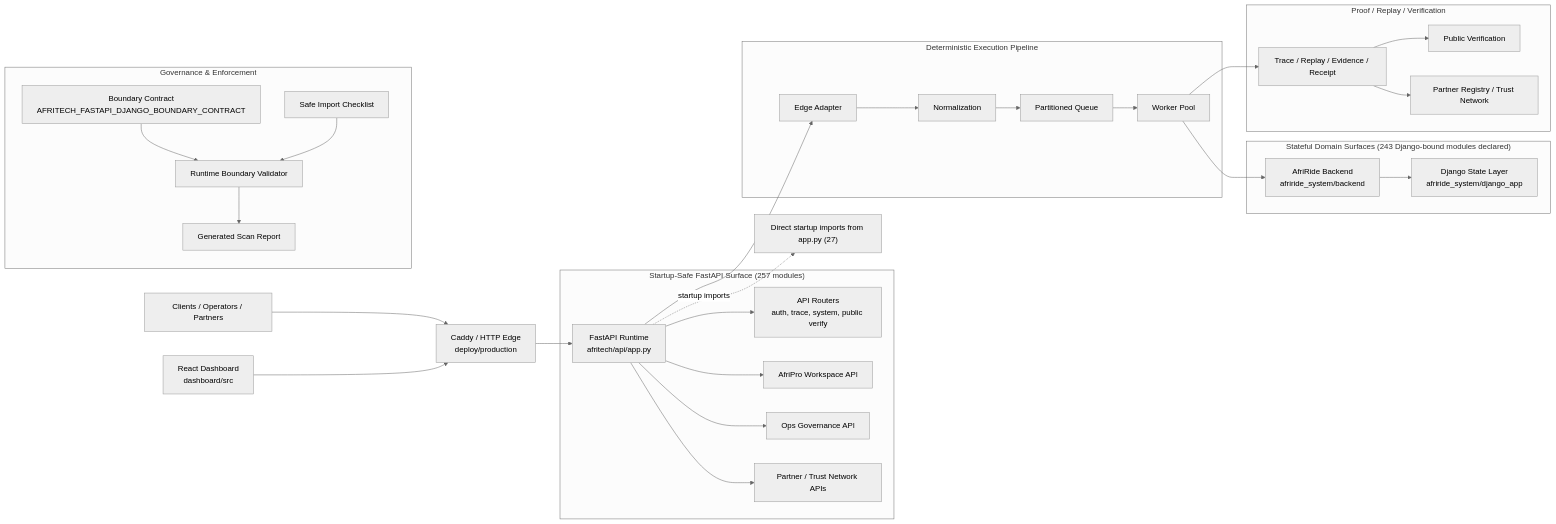
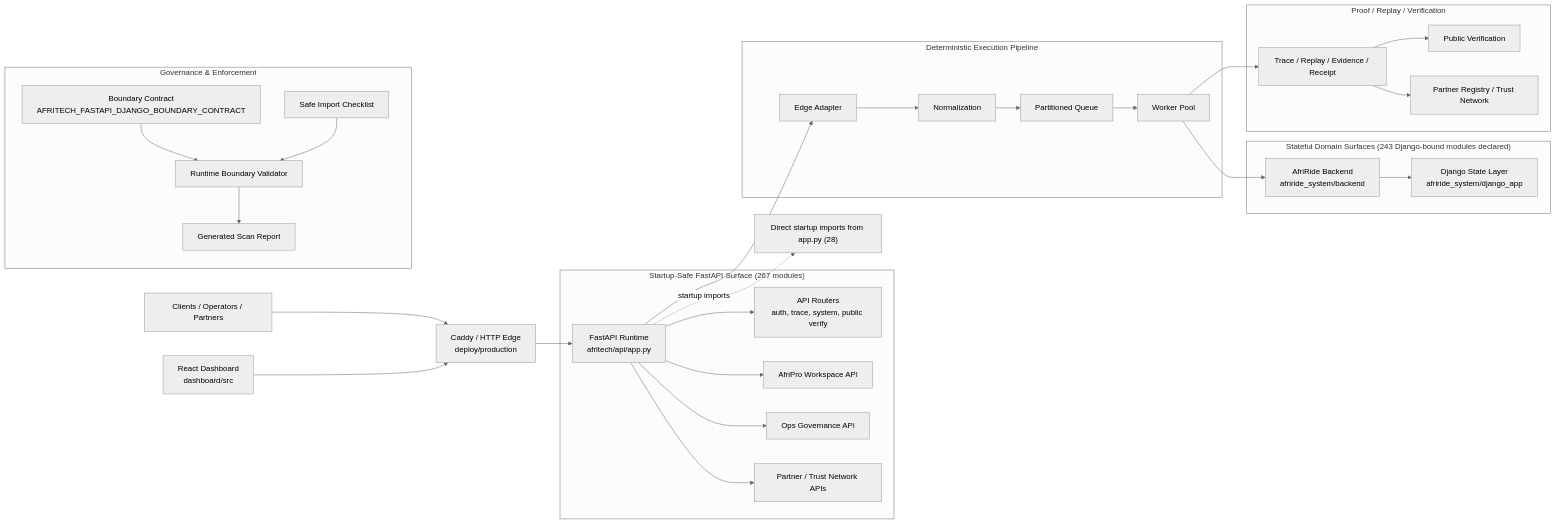
Before and after one commit to Strelly2023/afritelematics: the first of 2 diagrams in docs/architecture/AFRITECH_FULL_ARCHITECTURE_GRAPH.md, drawn with Mermaid (neutral theme). The commit also changed other lines of this file and 41 other files, not shown here.

````diff
--- a/docs/architecture/AFRITECH_FULL_ARCHITECTURE_GRAPH.md
+++ b/docs/architecture/AFRITECH_FULL_ARCHITECTURE_GRAPH.md
@@ -22,39 +22,39 @@
 ```mermaid
 flowchart LR
     Client["Clients / Operators / Partners"] --> Edge["Caddy / HTTP Edge\ndeploy/production"]
     Dashboard["React Dashboard\ndashboard/src"] --> Edge
     Edge --> App["FastAPI Runtime\nafritech/api/app.py"]
 
-    subgraph FastAPI["Startup-Safe FastAPI Surface (257 modules)"]
+    subgraph FastAPI["Startup-Safe FastAPI Surface (267 modules)"]
         App --> Api["API Routers\nauth, trace, system, public verify"]
         App --> Workspace["AfriPro Workspace API"]
         App --> Governance["Ops Governance API"]
         App --> Trust["Partner / Trust Network APIs"]
     end
 
     subgraph Pipeline["Deterministic Execution Pipeline"]
         App --> Adapt["Edge Adapter"]
         Adapt --> Normalize["Normalization"]
         Normalize --> Queue["Partitioned Queue"]
         Queue --> Worker["Worker Pool"]
     end
 
     subgraph State["Stateful Domain Surfaces (243 Django-bound modules declared)"]
         Worker --> Domain["AfriRide Backend\nafriride_system/backend"]
         Domain --> Django["Django State Layer\nafriride_system/django_app"]
     end
 
     subgraph Proof["Proof / Replay / Verification"]
         Worker --> Trace["Trace / Replay / Evidence / Receipt"]
         Trace --> Public["Public Verification"]
         Trace --> Registry["Partner Registry / Trust Network"]
     end
 
     subgraph GovernancePlane["Governance & Enforcement"]
         Contract["Boundary Contract\nAFRITECH_FASTAPI_DJANGO_BOUNDARY_CONTRACT"] --> Validator["Runtime Boundary Validator"]
         Checklist["Safe Import Checklist"] --> Validator
         Validator --> Review["Generated Scan Report"]
     end
 
-    App -. startup imports .-> Imports["Direct startup imports from app.py (27)"]
+    App -. startup imports .-> Imports["Direct startup imports from app.py (28)"]
 ```
````
